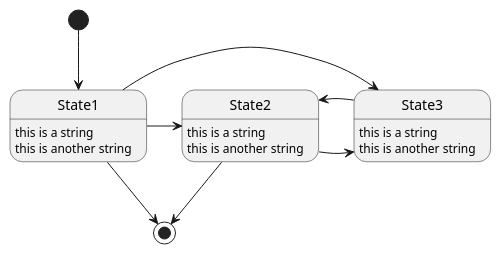
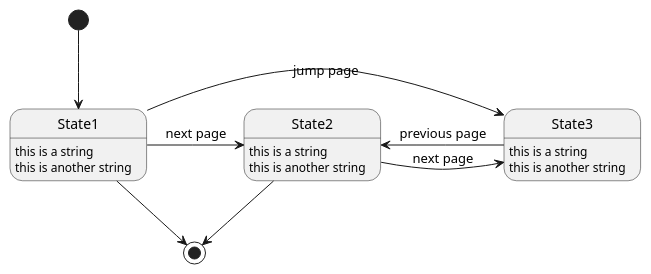
Before and after one commit to FumihiroMaejima/nihil: the diagram in doc/test.puml, drawn with PlantUML.

Commit message:
add comment to state .

```diff
--- a/doc/test.puml
+++ b/doc/test.puml
@@ -1,22 +1,22 @@
 @startuml testName
 
 [*] --> State1
 State1 --> [*]
 State1 : this is a string
 State1 : this is another string
 
 State2 : this is a string
 State2 : this is another string
 
 State3 : this is a string
 State3 : this is another string
 
-State1 -> State2
+State1 -> State2 : next page
 State2 --> [*]
 
-State1 -> State3
-State2 -> State3
-State3 -> State2
+State1 -> State3 : jump page
+State2 -> State3 : next page
+State3 -> State2 : previous page
 
 
 @enduml
```
